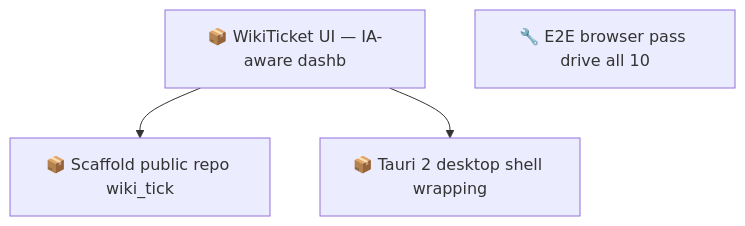
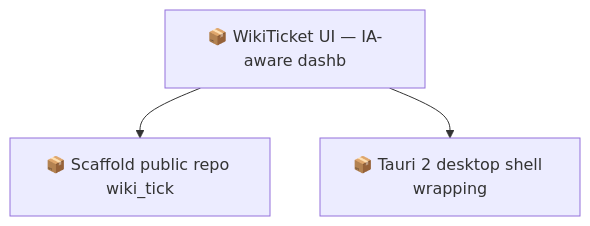
One commit to SpillwaveSolutions/wiki_ticket_sdd_ui changed the second of 2 diagrams in docs/roadmap.md. Above: the diagram before and after it, drawn with Mermaid. The commit also changed other lines of this file and 5 other files, not shown here.

First line of the commit message:
chore: E2E browser pass complete (01KY659FMF, #10) — all 10 panels verified live via agent-browser

````diff
--- a/docs/roadmap.md
+++ b/docs/roadmap.md
@@ -66,9 +59,8 @@
 ```mermaid
 graph TD
     01KY5ZZX8Y6N7E5YQYP4X1V7VA["📦 Scaffold public repo wiki_tick"]
     01KY5ZZX8YXD5YDJKQGJ3VCCHN["📦 WikiTicket UI — IA-aware dashb"]
     01KY5ZZX8Z46K7BCSPPFKN23JZ["📦 Tauri 2 desktop shell wrapping"]
-    01KY659FMF8BB293744Q4X2V6G["🔧 E2E browser pass drive all 10"]
     01KY5ZZX8YXD5YDJKQGJ3VCCHN --> 01KY5ZZX8Y6N7E5YQYP4X1V7VA
     01KY5ZZX8YXD5YDJKQGJ3VCCHN --> 01KY5ZZX8Z46K7BCSPPFKN23JZ
 ```
````
